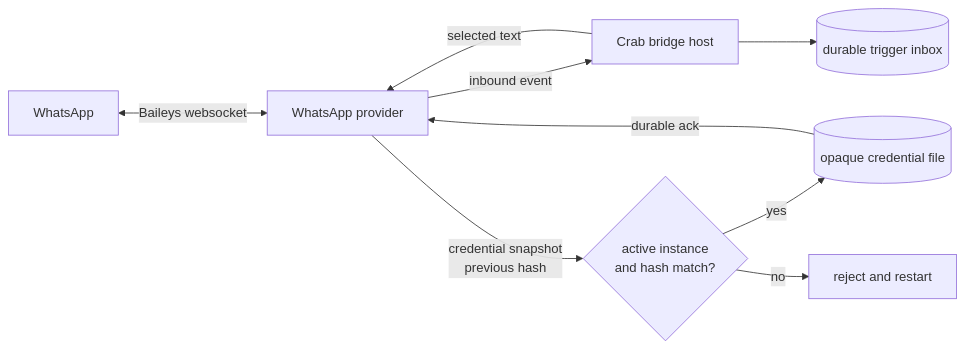
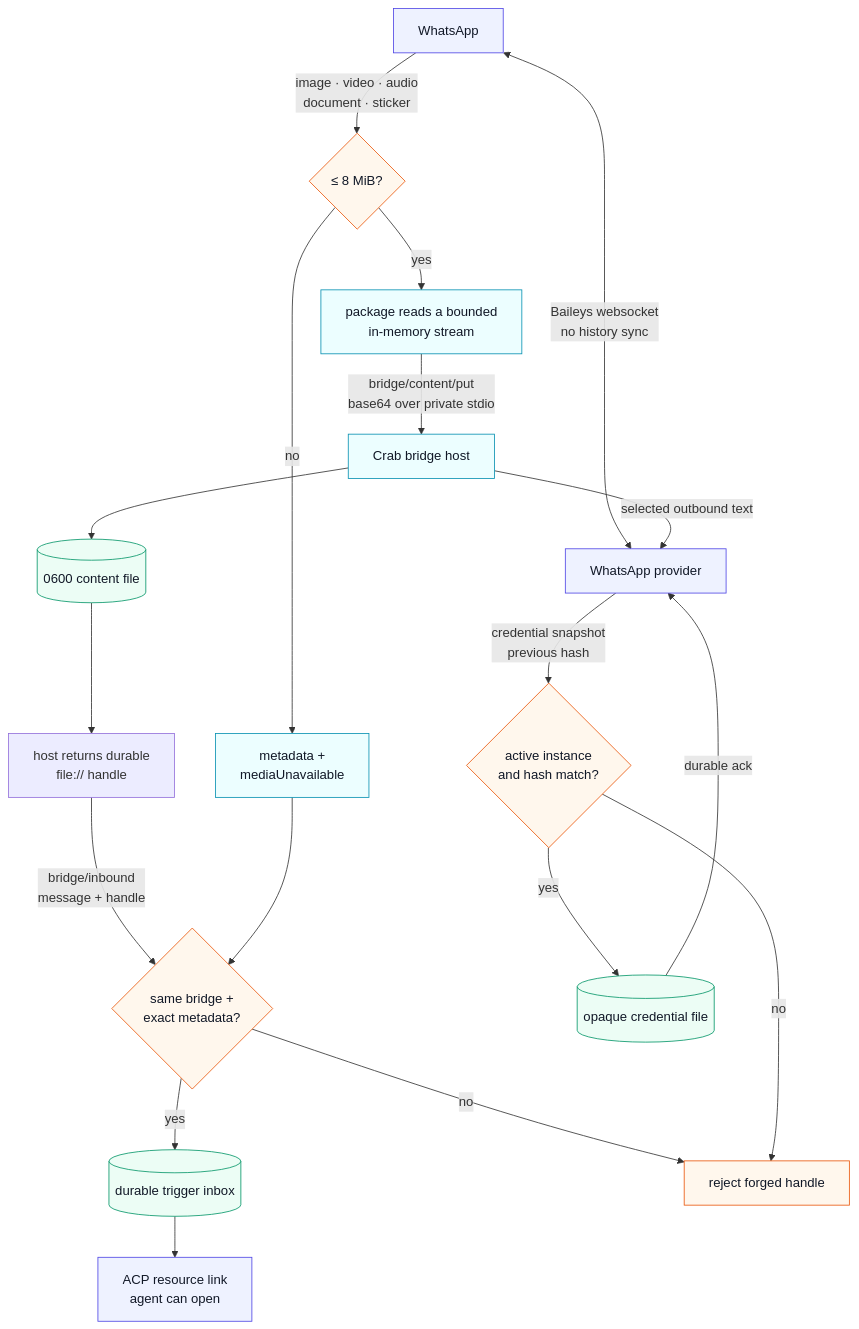
The diagram in v2/bridges/whatsapp/architecture.mmd (fontanierh/crab), drawn with Mermaid before and after one commit. The commit also changed 21 other files, not shown here.

Commit message:
feat(v2): persist WhatsApp inbound media (#245)

```diff
--- a/v2/bridges/whatsapp/architecture.mmd
+++ b/v2/bridges/whatsapp/architecture.mmd
@@ -1,9 +1,28 @@
-flowchart LR
-    WA[WhatsApp] <-->|Baileys websocket| PKG[WhatsApp provider]
-    PKG -->|inbound event| HOST[Crab bridge host]
-    HOST -->|selected text| PKG
-    PKG -->|credential snapshot<br/>previous hash| CAS{active instance<br/>and hash match?}
-    CAS -->|yes| FILE[(opaque credential file)]
-    FILE -->|durable ack| PKG
-    CAS -->|no| STOP[reject and restart]
-    HOST --> INBOX[(durable trigger inbox)]
+flowchart TB
+    WA["WhatsApp"] <-->|"Baileys websocket<br/>no history sync"| PKG["WhatsApp provider"]
+    WA -->|"image · video · audio<br/>document · sticker"| LIMIT{"≤ 8 MiB?"}
+    LIMIT -->|yes| STREAM["package reads a bounded<br/>in-memory stream"]
+    STREAM -->|"bridge/content/put<br/>base64 over private stdio"| HOST["Crab bridge host"]
+    HOST --> PRIVATE[("0600 content file")]
+    PRIVATE --> HANDLE["host returns durable<br/>file:// handle"]
+    HANDLE -->|"bridge/inbound<br/>message + handle"| VALIDATE{"same bridge +<br/>exact metadata?"}
+    VALIDATE -->|yes| INBOX[("durable trigger inbox")]
+    INBOX --> ACP["ACP resource link<br/>agent can open"]
+    LIMIT -->|no| META["metadata +<br/>mediaUnavailable"]
+    META --> VALIDATE
+    VALIDATE -->|no| REJECT["reject forged handle"]
+
+    HOST -->|"selected outbound text"| PKG
+    PKG -->|"credential snapshot<br/>previous hash"| CAS{"active instance<br/>and hash match?"}
+    CAS -->|yes| CREDS[("opaque credential file")]
+    CREDS -->|"durable ack"| PKG
+    CAS -->|no| REJECT
+
+    classDef service fill:#eef2ff,stroke:#4f46e5,color:#111827;
+    classDef action fill:#ecfeff,stroke:#0891b2,color:#111827;
+    classDef durable fill:#ecfdf5,stroke:#059669,color:#111827;
+    classDef guard fill:#fff7ed,stroke:#ea580c,color:#111827;
+    class WA,PKG,ACP service;
+    class STREAM,HOST,META action;
+    class PRIVATE,INBOX,CREDS durable;
+    class LIMIT,VALIDATE,CAS,REJECT guard;
```
